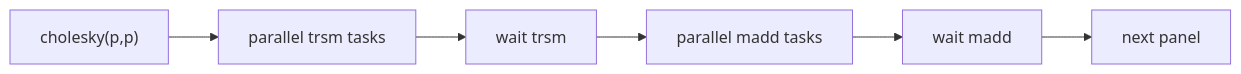
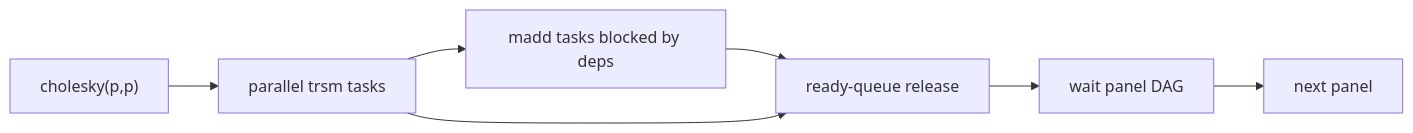
The second of 4 diagrams in docs/optimization_principles.md (lonelyuan/CSCC-Compiler-2026), drawn with Mermaid before and after one commit. The commit also changed other lines of this file and 5 other files, not shown here.

````diff
--- a/docs/optimization_principles.md
+++ b/docs/optimization_principles.md
@@ -164,11 +164,12 @@
 ```mermaid
 flowchart LR
     C["cholesky(p,p)"]
     T["parallel trsm tasks"]
-    WT["wait trsm"]
-    M["parallel madd tasks"]
-    WM["wait madd"]
+    M["madd tasks blocked by deps"]
+    R["ready-queue release"]
+    WM["wait panel DAG"]
     N["next panel"]
 
-    C --> T --> WT --> M --> WM --> N
+    C --> T --> M --> R --> WM --> N
+    T --> R
 ```
````
